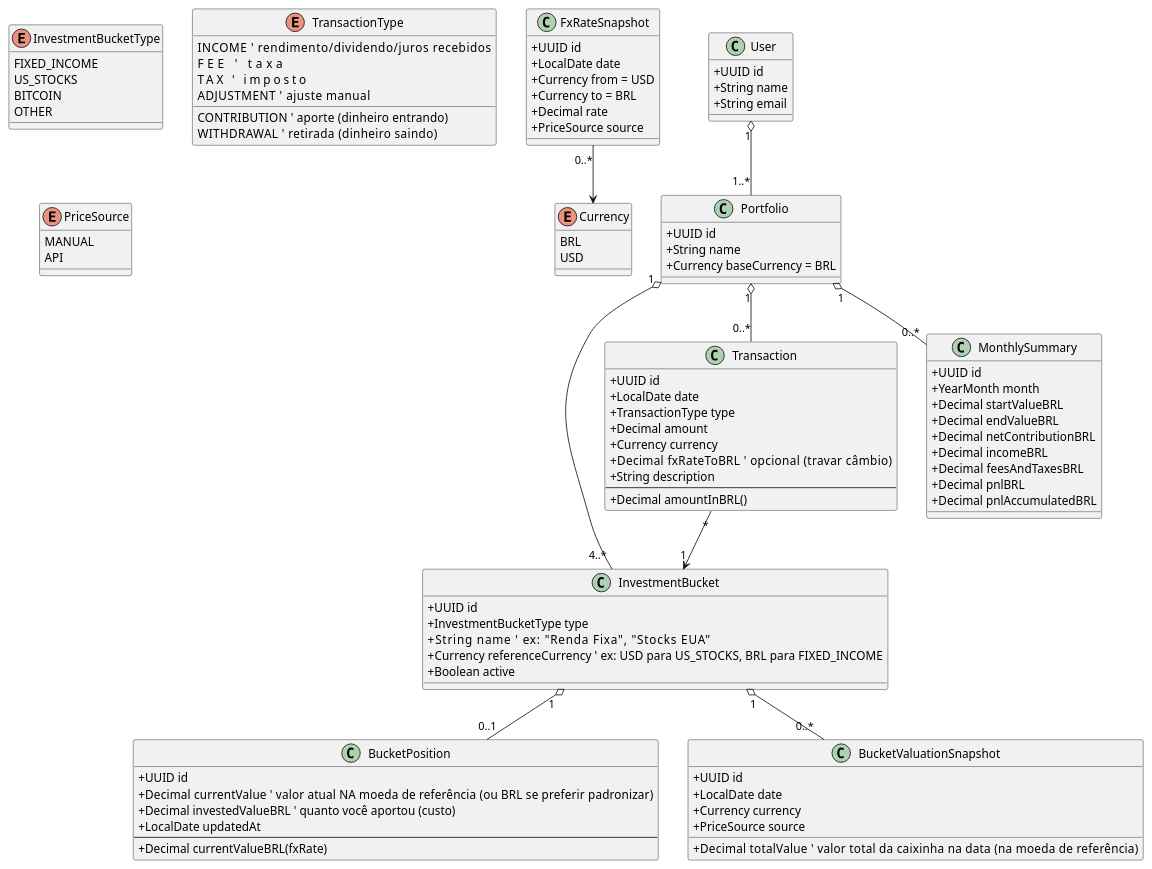
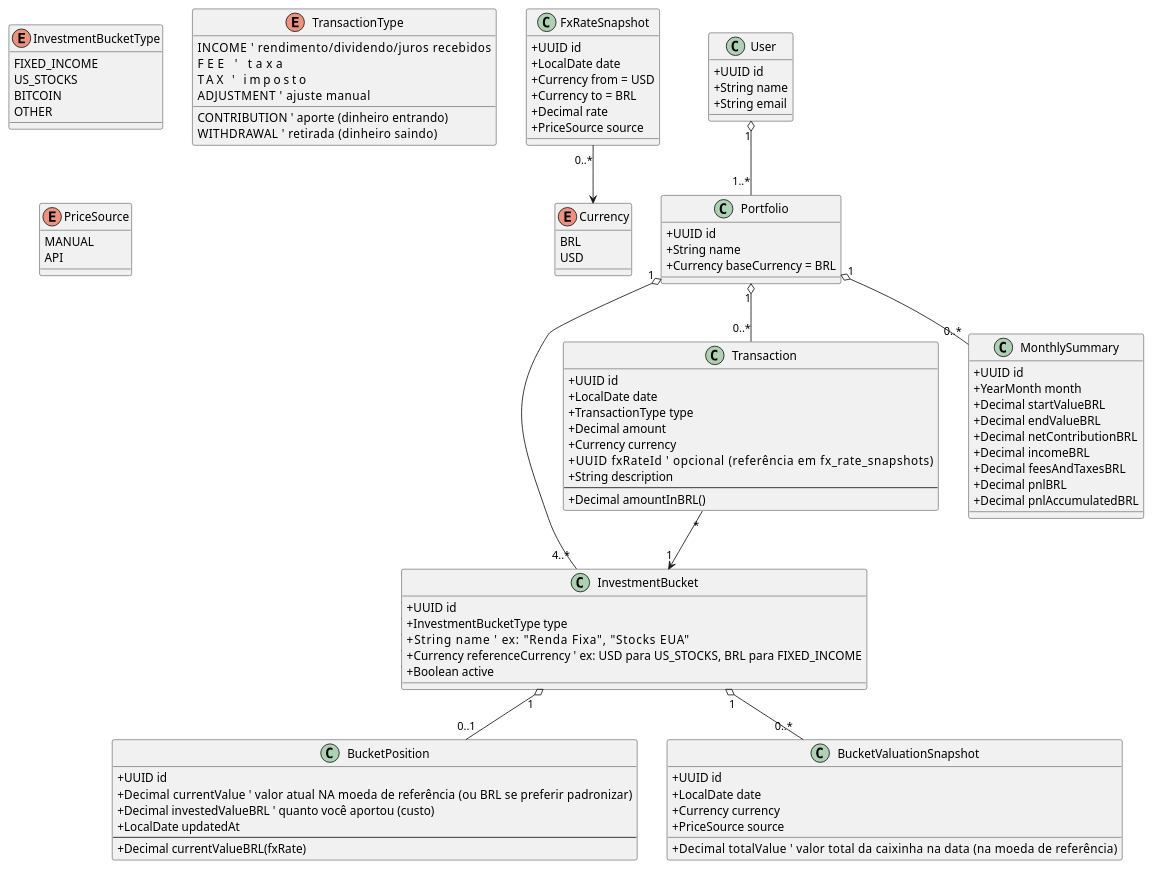
The diagram in diagram.md (fabriciomouraf/app-billing), drawn with PlantUML before and after one commit. The commit also changed 8 other files, not shown here.

```diff
--- a/diagram.md
+++ b/diagram.md
@@ -62,7 +62,7 @@
   +TransactionType type
   +Decimal amount
   +Currency currency
-  +Decimal fxRateToBRL      ' opcional (travar câmbio)
+  +UUID fxRateId            ' opcional (referência em fx_rate_snapshots)
   +String description
   --
   +Decimal amountInBRL()
```
